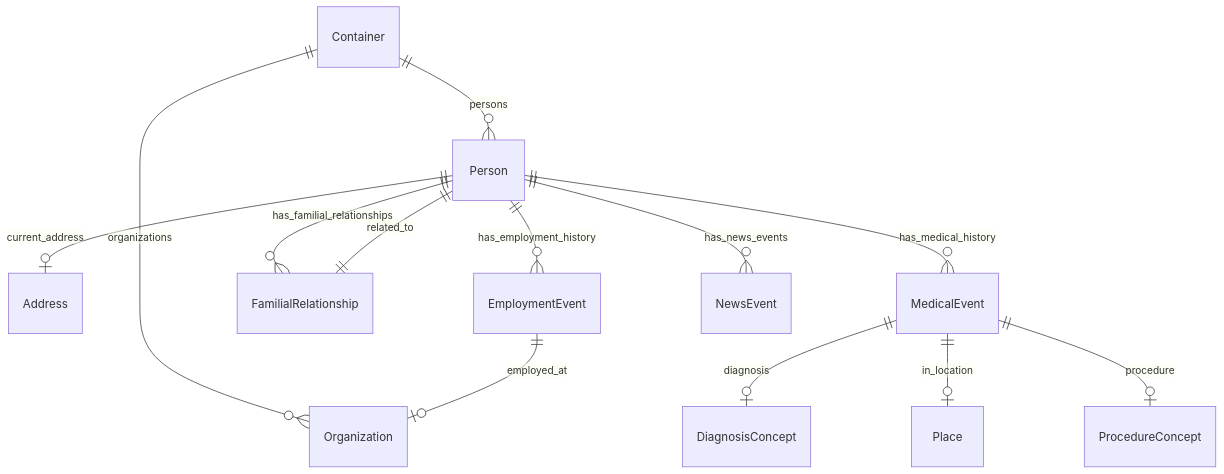
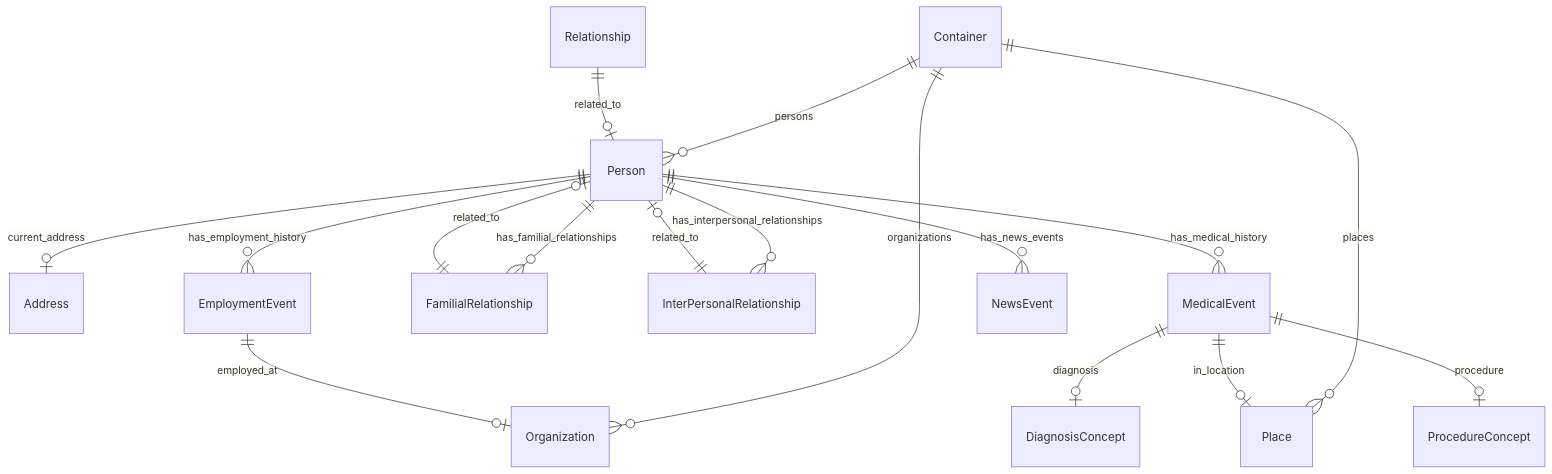
Diagram 17 of 23 in tests/linkml/test_generators/__snapshots__/personinfo.md (linkml/linkml), drawn with Mermaid before and after one commit. The commit also changed other lines of this file, not shown here.

````diff
--- a/tests/linkml/test_generators/__snapshots__/personinfo.md
+++ b/tests/linkml/test_generators/__snapshots__/personinfo.md
@@ -631,38 +798,48 @@
 ```mermaid
 erDiagram
 Address {
 
 }
 Container {
 
 }
 EmploymentEvent {
 
 }
 FamilialRelationship {
 
 }
+InterPersonalRelationship {
+
+}
 MedicalEvent {
 
 }
 NewsEvent {
 
 }
 Person {
 
 }
+Relationship {
+
+}
 
 Container ||--}o Organization : "organizations"
 Container ||--}o Person : "persons"
+Container ||--}o Place : "places"
 EmploymentEvent ||--|o Organization : "employed_at"
-FamilialRelationship ||--|| Person : "related_to"
+FamilialRelationship ||--|o Person : "related_to"
+InterPersonalRelationship ||--|o Person : "related_to"
 MedicalEvent ||--|o DiagnosisConcept : "diagnosis"
 MedicalEvent ||--|o Place : "in_location"
 MedicalEvent ||--|o ProcedureConcept : "procedure"
 Person ||--|o Address : "current_address"
 Person ||--}o EmploymentEvent : "has_employment_history"
 Person ||--}o FamilialRelationship : "has_familial_relationships"
+Person ||--}o InterPersonalRelationship : "has_interpersonal_relationships"
 Person ||--}o MedicalEvent : "has_medical_history"
 Person ||--}o NewsEvent : "has_news_events"
+Relationship ||--|o Person : "related_to"
 
 ```
````
